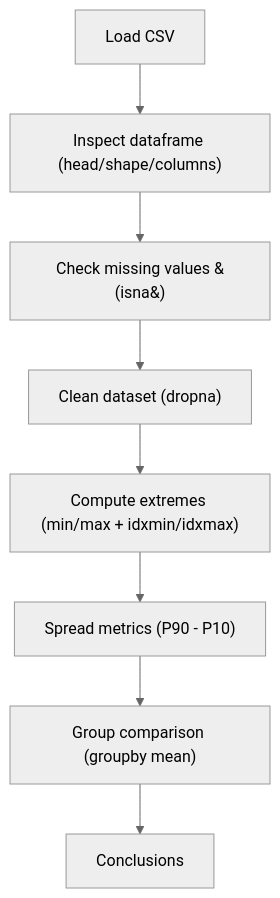
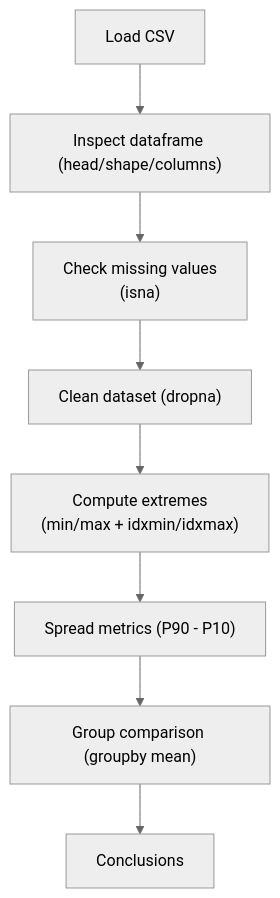
The diagram in daily_logs/day_72.md (Zamir29/100-days-of-Python), drawn with Mermaid (neutral theme) before and after one commit.

Commit message:
(day_72): small fixes to mermaid flowchart

````diff
--- a/daily_logs/day_72.md
+++ b/daily_logs/day_72.md
@@ -64,10 +64,10 @@
 ```mermaid
 graph TD;
     A[Load CSV] --> B[Inspect dataframe #40;head/shape/columns#41;]
-    B --> C[Check missing values &#40;isna&#41;]
+    B --> C[Check missing values<br>#40;isna#41;]
     C --> D[Clean dataset #40;dropna#41;]
-    D --> E[Compute extremes #40;min/max + idxmin/idxmax#41;]
+    D --> E[Compute extremes<br>#40;min/max + idxmin/idxmax#41;]
     E --> F[Spread metrics #40;P90 - P10#41;]
     F --> G[Group comparison #40;groupby mean#41;]
     G --> H[Conclusions]
 ```
````
